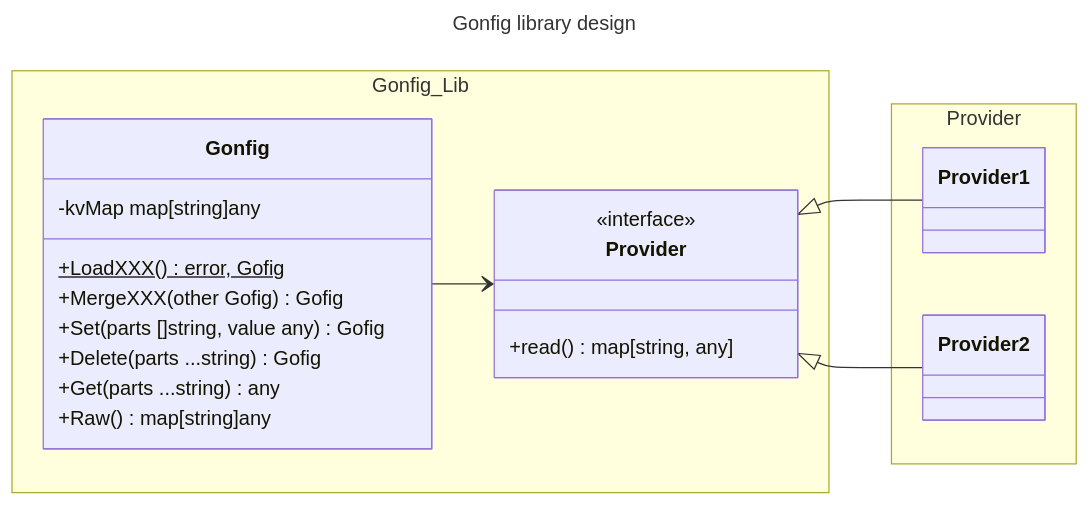
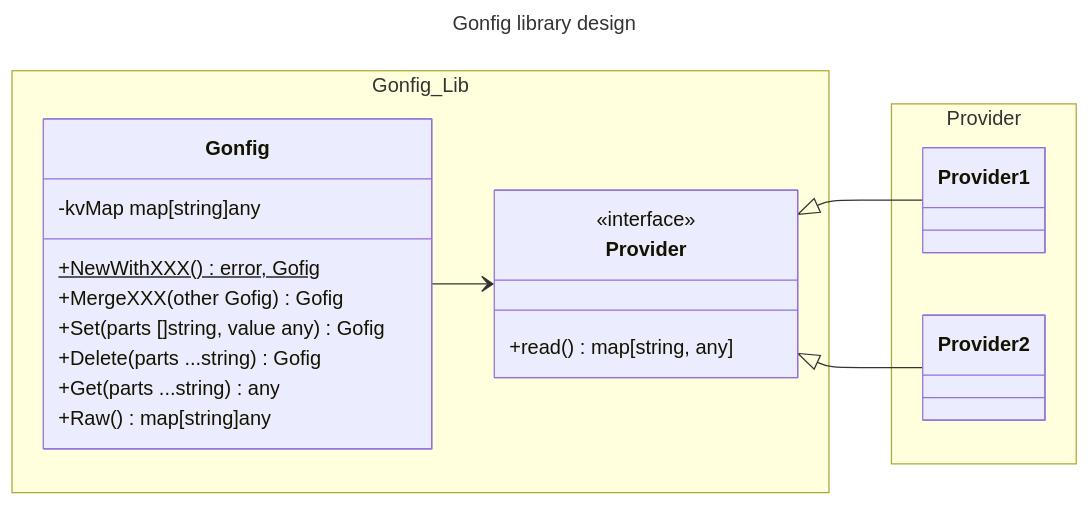
The diagram in docs/model.md (slava-y2k/gofig), drawn with Mermaid before and after one commit. The commit also changed other lines of this file and 8 other files, not shown here.

````diff
--- a/docs/model.md
+++ b/docs/model.md
@@ -34,33 +35,33 @@
 ```mermaid
 ---
 title: Gonfig library design
 ---
 classDiagram
     direction LR
 
     namespace Gonfig_Lib {
         class Gonfig["Gonfig"] {
             -kvMap map[string]any
-            +LoadXXX()$ error, Gofig
+            +NewWithXXX()$ error, Gofig
             +MergeXXX(other Gofig) Gofig
             +Set(parts []string, value any) Gofig
             +Delete(parts ...string) Gofig
             +Get(parts ...string) any
             +Raw() map[string]any
         }
 
         class IProvider["Provider"] {
             <<interface>>
             +read() map[string, any]
         }
     }
 
     namespace Provider {
         class Provider1
         class Provider2
     }
 
     Gonfig --> IProvider
     IProvider <|-- Provider1
     IProvider <|-- Provider2
 ```
````
